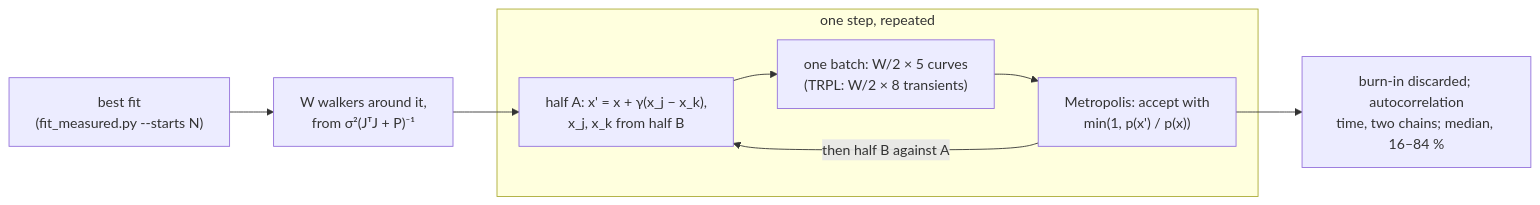
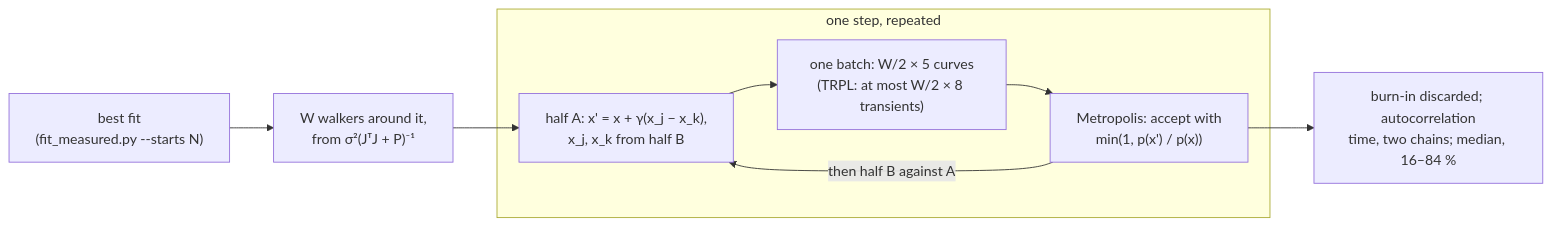
One commit to trn84/jaxdd changed the diagram in docs/tutorial.md. Above: the diagram before and after it, drawn with Mermaid. The commit also changed other lines of this file and 2 other files, not shown here.

````diff
--- a/docs/tutorial.md
+++ b/docs/tutorial.md
@@ -207,11 +208,11 @@
 ```mermaid
 flowchart LR
     F["best fit<br/>(fit_measured.py --starts N)"] --> W["W walkers around it,<br/>from σ²(JᵀJ + P)⁻¹"]
     W --> P
     subgraph S["one step, repeated"]
-        P["half A: x' = x + γ(x_j − x_k),<br/>x_j, x_k from half B"] --> J["one batch: W/2 × 5 curves<br/>(TRPL: W/2 × 8 transients)"]
+        P["half A: x' = x + γ(x_j − x_k),<br/>x_j, x_k from half B"] --> J["one batch: W/2 × 5 curves<br/>(TRPL: at most W/2 × 8 transients)"]
         J --> M["Metropolis: accept with<br/>min(1, p(x') / p(x))"]
         M -- "then half B against A" --> P
     end
     M --> R["burn-in discarded; autocorrelation<br/>time, two chains; median, 16–84 %"]
 ```
````
